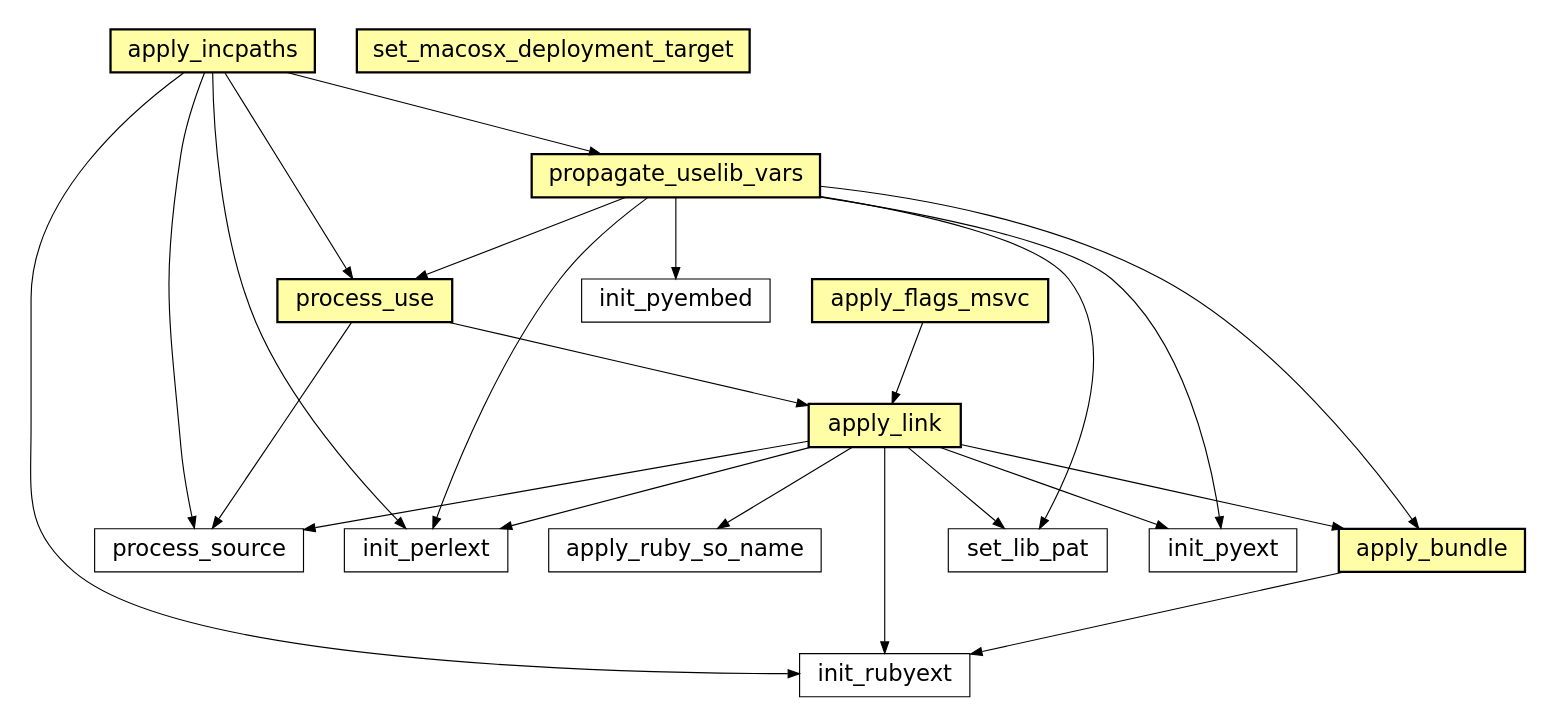
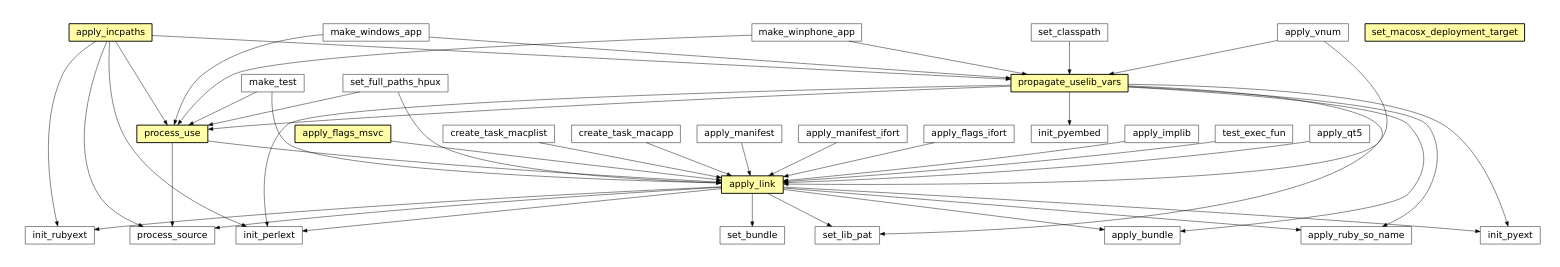
One commit to timb-machine-mirrors/gitlab-org-protocol-fuzzer-ce changed the third of 45 diagrams in build/waf/docs/sphinx/featuremap.rst. Above: the diagram before and after it, drawn with Graphviz. The commit also changed other lines of this file and 601 other files, not shown here.

```diff
--- a/build/waf/docs/sphinx/featuremap.rst
+++ b/build/waf/docs/sphinx/featuremap.rst
@@ -80,41 +143,76 @@
 .. graphviz::
 
 	digraph feature_c {
-	size="8.0, 12.0";
-		"process_use" [style="setlinewidth(0.5)",URL="tools/ccroot.html#waflib.Tools.ccroot.process_use",fontname="Vera Sans, DejaVu Sans, Liberation Sans, Arial, Helvetica, sans",height=0.25,shape=box,fontsize=10,fillcolor="#fffea6",style=filled];
-	"process_source" [style="setlinewidth(0.5)",URL="TaskGen.html#waflib.TaskGen.process_source",fontname="Vera Sans, DejaVu Sans, Liberation Sans, Arial, Helvetica, sans",height=0.25,shape=box,fontsize=10];
-	"apply_incpaths" [style="setlinewidth(0.5)",URL="tools/ccroot.html#waflib.Tools.ccroot.apply_incpaths",fontname="Vera Sans, DejaVu Sans, Liberation Sans, Arial, Helvetica, sans",height=0.25,shape=box,fontsize=10,fillcolor="#fffea6",style=filled];
-	"set_lib_pat" [style="setlinewidth(0.5)",URL="tools/fc_config.html#waflib.Tools.fc_config.set_lib_pat",fontname="Vera Sans, DejaVu Sans, Liberation Sans, Arial, Helvetica, sans",height=0.25,shape=box,fontsize=10];
-	"apply_bundle" [style="setlinewidth(0.5)",URL="tools/c_osx.html#waflib.Tools.c_osx.apply_bundle",fontname="Vera Sans, DejaVu Sans, Liberation Sans, Arial, Helvetica, sans",height=0.25,shape=box,fontsize=10,fillcolor="#fffea6",style=filled];
-	"set_macosx_deployment_target" [style="setlinewidth(0.5)",URL="tools/c_osx.html#waflib.Tools.c_osx.set_macosx_deployment_target",fontname="Vera Sans, DejaVu Sans, Liberation Sans, Arial, Helvetica, sans",height=0.25,shape=box,fontsize=10,fillcolor="#fffea6",style=filled];
-	"init_perlext" [style="setlinewidth(0.5)",URL="tools/perl.html#waflib.Tools.perl.init_perlext",fontname="Vera Sans, DejaVu Sans, Liberation Sans, Arial, Helvetica, sans",height=0.25,shape=box,fontsize=10];
-	"apply_ruby_so_name" [style="setlinewidth(0.5)",URL="tools/ruby.html#waflib.Tools.ruby.apply_ruby_so_name",fontname="Vera Sans, DejaVu Sans, Liberation Sans, Arial, Helvetica, sans",height=0.25,shape=box,fontsize=10];
-	"apply_link" [style="setlinewidth(0.5)",URL="tools/ccroot.html#waflib.Tools.ccroot.apply_link",fontname="Vera Sans, DejaVu Sans, Liberation Sans, Arial, Helvetica, sans",height=0.25,shape=box,fontsize=10,fillcolor="#fffea6",style=filled];
-	"init_pyext" [style="setlinewidth(0.5)",URL="tools/python.html#waflib.Tools.python.init_pyext",fontname="Vera Sans, DejaVu Sans, Liberation Sans, Arial, Helvetica, sans",height=0.25,shape=box,fontsize=10];
-	"init_rubyext" [style="setlinewidth(0.5)",URL="tools/ruby.html#waflib.Tools.ruby.init_rubyext",fontname="Vera Sans, DejaVu Sans, Liberation Sans, Arial, Helvetica, sans",height=0.25,shape=box,fontsize=10];
-	"apply_flags_msvc" [style="setlinewidth(0.5)",URL="tools/msvc.html#waflib.Tools.msvc.apply_flags_msvc",fontname="Vera Sans, DejaVu Sans, Liberation Sans, Arial, Helvetica, sans",height=0.25,shape=box,fontsize=10,fillcolor="#fffea6",style=filled];
-	"propagate_uselib_vars" [style="setlinewidth(0.5)",URL="tools/ccroot.html#waflib.Tools.ccroot.propagate_uselib_vars",fontname="Vera Sans, DejaVu Sans, Liberation Sans, Arial, Helvetica, sans",height=0.25,shape=box,fontsize=10,fillcolor="#fffea6",style=filled];
-	"init_pyembed" [style="setlinewidth(0.5)",URL="tools/python.html#waflib.Tools.python.init_pyembed",fontname="Vera Sans, DejaVu Sans, Liberation Sans, Arial, Helvetica, sans",height=0.25,shape=box,fontsize=10];
-	"process_use" -> "apply_link" [arrowsize=0.5,style="setlinewidth(0.5)"];
-	"process_use" -> "process_source" [arrowsize=0.5,style="setlinewidth(0.5)"];
-	"apply_incpaths" -> "propagate_uselib_vars" [arrowsize=0.5,style="setlinewidth(0.5)"];
-	"apply_incpaths" -> "process_source" [arrowsize=0.5,style="setlinewidth(0.5)"];
-	"apply_incpaths" -> "process_use" [arrowsize=0.5,style="setlinewidth(0.5)"];
-	"apply_incpaths" -> "init_rubyext" [arrowsize=0.5,style="setlinewidth(0.5)"];
-	"apply_incpaths" -> "init_perlext" [arrowsize=0.5,style="setlinewidth(0.5)"];
-	"apply_link" -> "apply_bundle" [arrowsize=0.5,style="setlinewidth(0.5)"];
-	"apply_link" -> "process_source" [arrowsize=0.5,style="setlinewidth(0.5)"];
-	"apply_link" -> "set_lib_pat" [arrowsize=0.5,style="setlinewidth(0.5)"];
-	"apply_link" -> "init_rubyext" [arrowsize=0.5,style="setlinewidth(0.5)"];
-	"apply_link" -> "apply_ruby_so_name" [arrowsize=0.5,style="setlinewidth(0.5)"];
-	"apply_link" -> "init_pyext" [arrowsize=0.5,style="setlinewidth(0.5)"];
-	"apply_link" -> "init_perlext" [arrowsize=0.5,style="setlinewidth(0.5)"];
-	"apply_flags_msvc" -> "apply_link" [arrowsize=0.5,style="setlinewidth(0.5)"];
-	"propagate_uselib_vars" -> "apply_bundle" [arrowsize=0.5,style="setlinewidth(0.5)"];
-	"propagate_uselib_vars" -> "process_use" [arrowsize=0.5,style="setlinewidth(0.5)"];
-	"propagate_uselib_vars" -> "set_lib_pat" [arrowsize=0.5,style="setlinewidth(0.5)"];
-	"propagate_uselib_vars" -> "init_pyext" [arrowsize=0.5,style="setlinewidth(0.5)"];
-	"propagate_uselib_vars" -> "init_pyembed" [arrowsize=0.5,style="setlinewidth(0.5)"];
-	"propagate_uselib_vars" -> "init_perlext" [arrowsize=0.5,style="setlinewidth(0.5)"];
-	"apply_bundle" -> "init_rubyext" [arrowsize=0.5,style="setlinewidth(0.5)"];
+		size="8.0, 12.0";
+		"make_test" [style="setlinewidth(0.5)",URL="../tools/waf_unit_test.html#waflib.Tools.waf_unit_test.make_test",target="_top",fontname="Vera Sans, DejaVu Sans, Liberation Sans, Arial, Helvetica, sans",height=0.25,shape="rectangle",fontsize=10];
+		"process_use" [style="setlinewidth(0.5)",URL="../tools/ccroot.html#waflib.Tools.ccroot.process_use",target="_top",fontname="Vera Sans, DejaVu Sans, Liberation Sans, Arial, Helvetica, sans",height=0.25,shape="rectangle",fontsize=10,fillcolor="#fffea6",style=filled];
+		"create_task_macapp" [style="setlinewidth(0.5)",URL="../tools/c_osx.html#waflib.Tools.c_osx.create_task_macapp",target="_top",fontname="Vera Sans, DejaVu Sans, Liberation Sans, Arial, Helvetica, sans",height=0.25,shape="rectangle",fontsize=10];
+		"apply_manifest" [style="setlinewidth(0.5)",URL="../tools/msvc.html#waflib.Tools.msvc.apply_manifest",target="_top",fontname="Vera Sans, DejaVu Sans, Liberation Sans, Arial, Helvetica, sans",height=0.25,shape="rectangle",fontsize=10];
+		"process_source" [style="setlinewidth(0.5)",URL="../TaskGen.html#waflib.TaskGen.process_source",target="_top",fontname="Vera Sans, DejaVu Sans, Liberation Sans, Arial, Helvetica, sans",height=0.25,shape="rectangle",fontsize=10];
+		"apply_incpaths" [style="setlinewidth(0.5)",URL="../tools/ccroot.html#waflib.Tools.ccroot.apply_incpaths",target="_top",fontname="Vera Sans, DejaVu Sans, Liberation Sans, Arial, Helvetica, sans",height=0.25,shape="rectangle",fontsize=10,fillcolor="#fffea6",style=filled];
+		"apply_manifest_ifort" [style="setlinewidth(0.5)",URL="../tools/ifort.html#waflib.Tools.ifort.apply_manifest_ifort",target="_top",fontname="Vera Sans, DejaVu Sans, Liberation Sans, Arial, Helvetica, sans",height=0.25,shape="rectangle",fontsize=10];
+		"make_windows_app" [style="setlinewidth(0.5)",URL="../tools/msvc.html#waflib.Tools.msvc.make_windows_app",target="_top",fontname="Vera Sans, DejaVu Sans, Liberation Sans, Arial, Helvetica, sans",height=0.25,shape="rectangle",fontsize=10];
+		"set_bundle" [style="setlinewidth(0.5)",URL="../tools/python.html#waflib.Tools.python.set_bundle",target="_top",fontname="Vera Sans, DejaVu Sans, Liberation Sans, Arial, Helvetica, sans",height=0.25,shape="rectangle",fontsize=10];
+		"make_winphone_app" [style="setlinewidth(0.5)",URL="../tools/msvc.html#waflib.Tools.msvc.make_winphone_app",target="_top",fontname="Vera Sans, DejaVu Sans, Liberation Sans, Arial, Helvetica, sans",height=0.25,shape="rectangle",fontsize=10];
+		"set_lib_pat" [style="setlinewidth(0.5)",URL="../tools/fc_config.html#waflib.Tools.fc_config.set_lib_pat",target="_top",fontname="Vera Sans, DejaVu Sans, Liberation Sans, Arial, Helvetica, sans",height=0.25,shape="rectangle",fontsize=10];
+		"init_pyembed" [style="setlinewidth(0.5)",URL="../tools/python.html#waflib.Tools.python.init_pyembed",target="_top",fontname="Vera Sans, DejaVu Sans, Liberation Sans, Arial, Helvetica, sans",height=0.25,shape="rectangle",fontsize=10];
+		"set_classpath" [style="setlinewidth(0.5)",URL="../tools/javaw.html#waflib.Tools.javaw.set_classpath",target="_top",fontname="Vera Sans, DejaVu Sans, Liberation Sans, Arial, Helvetica, sans",height=0.25,shape="rectangle",fontsize=10];
+		"apply_flags_ifort" [style="setlinewidth(0.5)",URL="../tools/ifort.html#waflib.Tools.ifort.apply_flags_ifort",target="_top",fontname="Vera Sans, DejaVu Sans, Liberation Sans, Arial, Helvetica, sans",height=0.25,shape="rectangle",fontsize=10];
+		"apply_bundle" [style="setlinewidth(0.5)",URL="../tools/c_osx.html#waflib.Tools.c_osx.apply_bundle",target="_top",fontname="Vera Sans, DejaVu Sans, Liberation Sans, Arial, Helvetica, sans",height=0.25,shape="rectangle",fontsize=10];
+		"set_macosx_deployment_target" [style="setlinewidth(0.5)",URL="../tools/c_osx.html#waflib.Tools.c_osx.set_macosx_deployment_target",target="_top",fontname="Vera Sans, DejaVu Sans, Liberation Sans, Arial, Helvetica, sans",height=0.25,shape="rectangle",fontsize=10,fillcolor="#fffea6",style=filled];
+		"apply_implib" [style="setlinewidth(0.5)",URL="../tools/ccroot.html#waflib.Tools.ccroot.apply_implib",target="_top",fontname="Vera Sans, DejaVu Sans, Liberation Sans, Arial, Helvetica, sans",height=0.25,shape="rectangle",fontsize=10];
+		"init_perlext" [style="setlinewidth(0.5)",URL="../tools/perl.html#waflib.Tools.perl.init_perlext",target="_top",fontname="Vera Sans, DejaVu Sans, Liberation Sans, Arial, Helvetica, sans",height=0.25,shape="rectangle",fontsize=10];
+		"apply_ruby_so_name" [style="setlinewidth(0.5)",URL="../tools/ruby.html#waflib.Tools.ruby.apply_ruby_so_name",target="_top",fontname="Vera Sans, DejaVu Sans, Liberation Sans, Arial, Helvetica, sans",height=0.25,shape="rectangle",fontsize=10];
+		"set_full_paths_hpux" [style="setlinewidth(0.5)",URL="../tools/ccroot.html#waflib.Tools.ccroot.set_full_paths_hpux",target="_top",fontname="Vera Sans, DejaVu Sans, Liberation Sans, Arial, Helvetica, sans",height=0.25,shape="rectangle",fontsize=10];
+		"test_exec_fun" [style="setlinewidth(0.5)",URL="../tools/c_config.html#waflib.Tools.c_config.test_exec_fun",target="_top",fontname="Vera Sans, DejaVu Sans, Liberation Sans, Arial, Helvetica, sans",height=0.25,shape="rectangle",fontsize=10];
+		"apply_link" [style="setlinewidth(0.5)",URL="../tools/ccroot.html#waflib.Tools.ccroot.apply_link",target="_top",fontname="Vera Sans, DejaVu Sans, Liberation Sans, Arial, Helvetica, sans",height=0.25,shape="rectangle",fontsize=10,fillcolor="#fffea6",style=filled];
+		"init_pyext" [style="setlinewidth(0.5)",URL="../tools/python.html#waflib.Tools.python.init_pyext",target="_top",fontname="Vera Sans, DejaVu Sans, Liberation Sans, Arial, Helvetica, sans",height=0.25,shape="rectangle",fontsize=10];
+		"apply_qt5" [style="setlinewidth(0.5)",URL="../tools/qt5.html#waflib.Tools.qt5.apply_qt5",target="_top",fontname="Vera Sans, DejaVu Sans, Liberation Sans, Arial, Helvetica, sans",height=0.25,shape="rectangle",fontsize=10];
+		"init_rubyext" [style="setlinewidth(0.5)",URL="../tools/ruby.html#waflib.Tools.ruby.init_rubyext",target="_top",fontname="Vera Sans, DejaVu Sans, Liberation Sans, Arial, Helvetica, sans",height=0.25,shape="rectangle",fontsize=10];
+		"apply_flags_msvc" [style="setlinewidth(0.5)",URL="../tools/msvc.html#waflib.Tools.msvc.apply_flags_msvc",target="_top",fontname="Vera Sans, DejaVu Sans, Liberation Sans, Arial, Helvetica, sans",height=0.25,shape="rectangle",fontsize=10,fillcolor="#fffea6",style=filled];
+		"propagate_uselib_vars" [style="setlinewidth(0.5)",URL="../tools/ccroot.html#waflib.Tools.ccroot.propagate_uselib_vars",target="_top",fontname="Vera Sans, DejaVu Sans, Liberation Sans, Arial, Helvetica, sans",height=0.25,shape="rectangle",fontsize=10,fillcolor="#fffea6",style=filled];
+		"apply_vnum" [style="setlinewidth(0.5)",URL="../tools/ccroot.html#waflib.Tools.ccroot.apply_vnum",target="_top",fontname="Vera Sans, DejaVu Sans, Liberation Sans, Arial, Helvetica, sans",height=0.25,shape="rectangle",fontsize=10];
+		"create_task_macplist" [style="setlinewidth(0.5)",URL="../tools/c_osx.html#waflib.Tools.c_osx.create_task_macplist",target="_top",fontname="Vera Sans, DejaVu Sans, Liberation Sans, Arial, Helvetica, sans",height=0.25,shape="rectangle",fontsize=10];
+		"make_test" -> "apply_link" [arrowsize=0.5,style="setlinewidth(0.5)"];
+		"make_test" -> "process_use" [arrowsize=0.5,style="setlinewidth(0.5)"];
+		"apply_incpaths" -> "propagate_uselib_vars" [arrowsize=0.5,style="setlinewidth(0.5)"];
+		"apply_incpaths" -> "process_source" [arrowsize=0.5,style="setlinewidth(0.5)"];
+		"apply_incpaths" -> "process_use" [arrowsize=0.5,style="setlinewidth(0.5)"];
+		"apply_incpaths" -> "init_rubyext" [arrowsize=0.5,style="setlinewidth(0.5)"];
+		"apply_incpaths" -> "init_perlext" [arrowsize=0.5,style="setlinewidth(0.5)"];
+		"apply_flags_ifort" -> "apply_link" [arrowsize=0.5,style="setlinewidth(0.5)"];
+		"process_use" -> "apply_link" [arrowsize=0.5,style="setlinewidth(0.5)"];
+		"process_use" -> "process_source" [arrowsize=0.5,style="setlinewidth(0.5)"];
+		"apply_qt5" -> "apply_link" [arrowsize=0.5,style="setlinewidth(0.5)"];
+		"set_full_paths_hpux" -> "apply_link" [arrowsize=0.5,style="setlinewidth(0.5)"];
+		"set_full_paths_hpux" -> "process_use" [arrowsize=0.5,style="setlinewidth(0.5)"];
+		"apply_link" -> "apply_bundle" [arrowsize=0.5,style="setlinewidth(0.5)"];
+		"apply_link" -> "process_source" [arrowsize=0.5,style="setlinewidth(0.5)"];
+		"apply_link" -> "set_lib_pat" [arrowsize=0.5,style="setlinewidth(0.5)"];
+		"apply_link" -> "init_rubyext" [arrowsize=0.5,style="setlinewidth(0.5)"];
+		"apply_link" -> "apply_ruby_so_name" [arrowsize=0.5,style="setlinewidth(0.5)"];
+		"apply_link" -> "init_perlext" [arrowsize=0.5,style="setlinewidth(0.5)"];
+		"apply_link" -> "init_pyext" [arrowsize=0.5,style="setlinewidth(0.5)"];
+		"apply_link" -> "set_bundle" [arrowsize=0.5,style="setlinewidth(0.5)"];
+		"apply_vnum" -> "apply_link" [arrowsize=0.5,style="setlinewidth(0.5)"];
+		"apply_vnum" -> "propagate_uselib_vars" [arrowsize=0.5,style="setlinewidth(0.5)"];
+		"create_task_macplist" -> "apply_link" [arrowsize=0.5,style="setlinewidth(0.5)"];
+		"make_windows_app" -> "propagate_uselib_vars" [arrowsize=0.5,style="setlinewidth(0.5)"];
+		"make_windows_app" -> "process_use" [arrowsize=0.5,style="setlinewidth(0.5)"];
+		"apply_manifest" -> "apply_link" [arrowsize=0.5,style="setlinewidth(0.5)"];
+		"test_exec_fun" -> "apply_link" [arrowsize=0.5,style="setlinewidth(0.5)"];
+		"apply_manifest_ifort" -> "apply_link" [arrowsize=0.5,style="setlinewidth(0.5)"];
+		"make_winphone_app" -> "propagate_uselib_vars" [arrowsize=0.5,style="setlinewidth(0.5)"];
+		"make_winphone_app" -> "process_use" [arrowsize=0.5,style="setlinewidth(0.5)"];
+		"set_classpath" -> "propagate_uselib_vars" [arrowsize=0.5,style="setlinewidth(0.5)"];
+		"create_task_macapp" -> "apply_link" [arrowsize=0.5,style="setlinewidth(0.5)"];
+		"apply_implib" -> "apply_link" [arrowsize=0.5,style="setlinewidth(0.5)"];
+		"apply_flags_msvc" -> "apply_link" [arrowsize=0.5,style="setlinewidth(0.5)"];
+		"propagate_uselib_vars" -> "apply_bundle" [arrowsize=0.5,style="setlinewidth(0.5)"];
+		"propagate_uselib_vars" -> "process_use" [arrowsize=0.5,style="setlinewidth(0.5)"];
+		"propagate_uselib_vars" -> "set_lib_pat" [arrowsize=0.5,style="setlinewidth(0.5)"];
+		"propagate_uselib_vars" -> "apply_ruby_so_name" [arrowsize=0.5,style="setlinewidth(0.5)"];
+		"propagate_uselib_vars" -> "init_perlext" [arrowsize=0.5,style="setlinewidth(0.5)"];
+		"propagate_uselib_vars" -> "init_pyext" [arrowsize=0.5,style="setlinewidth(0.5)"];
+		"propagate_uselib_vars" -> "init_pyembed" [arrowsize=0.5,style="setlinewidth(0.5)"];
 	}
```
